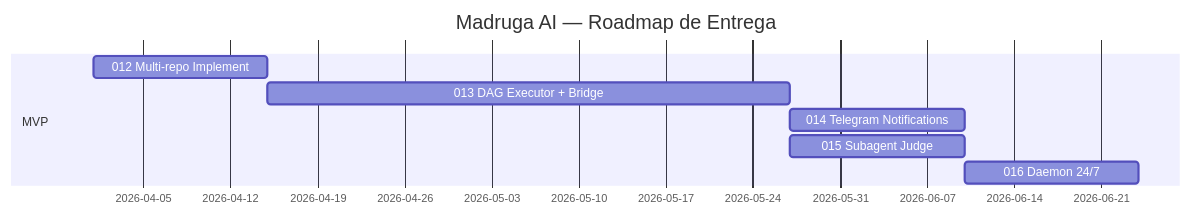
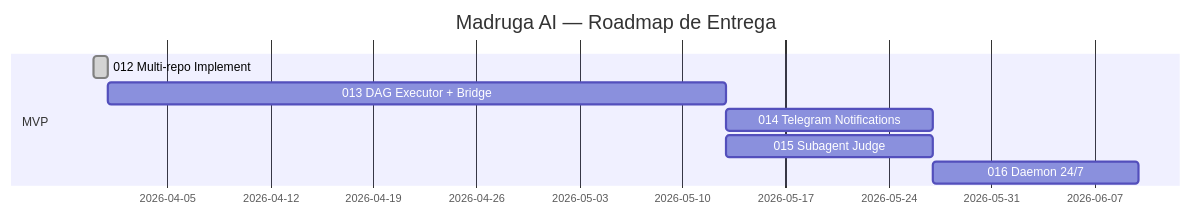
Before and after one commit to paceautomations/madruga.ai: the second of 3 diagrams in platforms/madruga-ai/planning/roadmap.md, drawn with Mermaid. The commit also changed other lines of this file and 19 other files, not shown here.

First line of the commit message:
feat: epic 012 multi-repo implement — ensure_repo, worktree, implement_remote

````diff
--- a/platforms/madruga-ai/planning/roadmap.md
+++ b/platforms/madruga-ai/planning/roadmap.md
@@ -59,11 +61,11 @@
 ```mermaid
 gantt
     title Madruga AI — Roadmap de Entrega
     dateFormat YYYY-MM-DD
     section MVP
-    012 Multi-repo Implement     :e012, 2026-04-01, 2w
+    012 Multi-repo Implement     :done, e012, 2026-03-31, 1d
     013 DAG Executor + Bridge    :e013, after e012, 6w
     014 Telegram Notifications   :e014, after e013, 2w
     015 Subagent Judge           :e015, after e013, 2w
     016 Daemon 24/7              :e016, after e014, 2w
 ```
````
